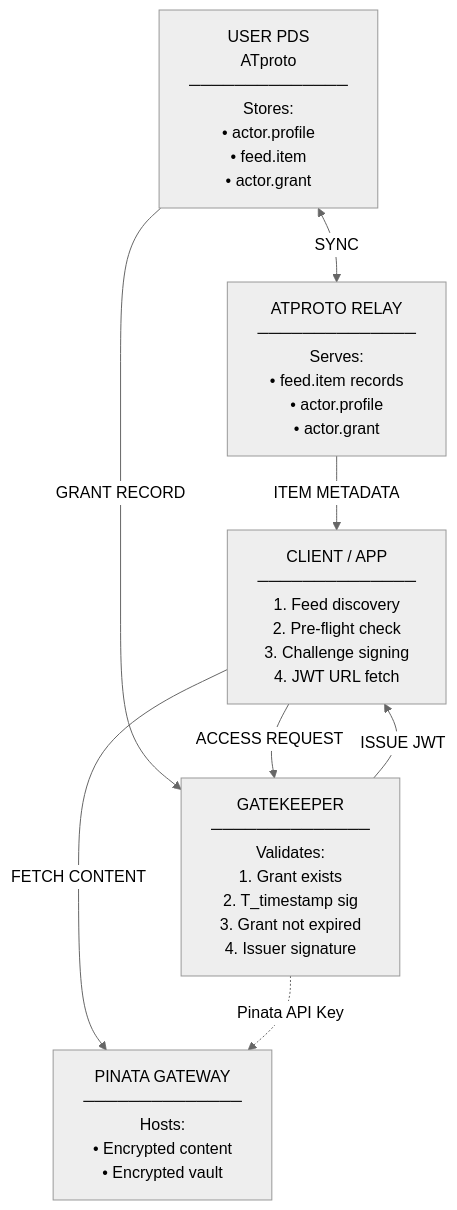
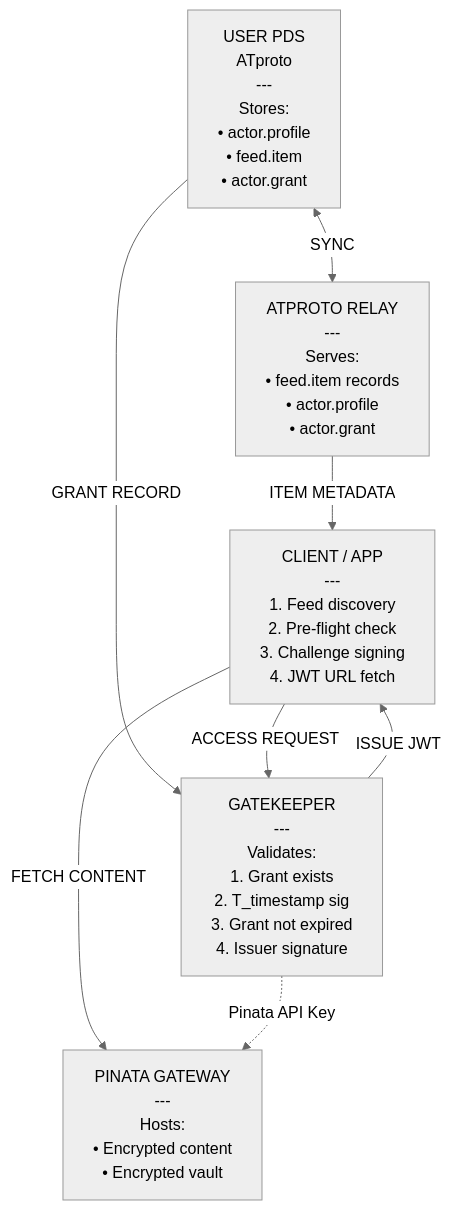
One commit to straiforos/Traiforce-Lexicon changed the first of 3 diagrams in docs/architecture/05-system-overview.md. Above: the diagram before and after it, drawn with Mermaid (neutral theme). The commit also changed other lines of this file and 4 other files, not shown here.

Commit message:
Fix mermaid diagram rendering: replace \n with <br/>, unicode dashes with ---, remove markdown bold

````diff
--- a/docs/architecture/05-system-overview.md
+++ b/docs/architecture/05-system-overview.md
@@ -7,16 +7,16 @@
 ```mermaid
 graph TB
-    PDS["USER PDS\nATproto\n──────────────\nStores:\n• actor.profile\n• feed.item\n• actor.grant"]
-    Relay["ATPROTO RELAY\n──────────────\nServes:\n• feed.item records\n• actor.profile\n• actor.grant"]
-    Client["CLIENT / APP\n──────────────\n1. Feed discovery\n2. Pre-flight check\n3. Challenge signing\n4. JWT URL fetch"]
-    GK["GATEKEEPER\n──────────────\nValidates:\n1. Grant exists\n2. T_timestamp sig\n3. Grant not expired\n4. Issuer signature"]
-    Pinata["PINATA GATEWAY\n──────────────\nHosts:\n• Encrypted content\n• Encrypted vault"]
+    PDS["USER PDS<br/>ATproto<br/>---<br/>Stores:<br/>• actor.profile<br/>• feed.item<br/>• actor.grant"]
+    Relay["ATPROTO RELAY<br/>---<br/>Serves:<br/>• feed.item records<br/>• actor.profile<br/>• actor.grant"]
+    Client["CLIENT / APP<br/>---<br/>1. Feed discovery<br/>2. Pre-flight check<br/>3. Challenge signing<br/>4. JWT URL fetch"]
+    GK["GATEKEEPER<br/>---<br/>Validates:<br/>1. Grant exists<br/>2. T_timestamp sig<br/>3. Grant not expired<br/>4. Issuer signature"]
+    Pinata["PINATA GATEWAY<br/>---<br/>Hosts:<br/>• Encrypted content<br/>• Encrypted vault"]
 
     PDS <-->|"SYNC"| Relay
     Relay -->|"ITEM METADATA"| Client
     PDS -->|"GRANT RECORD"| GK
     Client -->|"ACCESS REQUEST"| GK
     GK -->|"ISSUE JWT"| Client
     Client -->|"FETCH CONTENT"| Pinata
     GK -.->|"Pinata API Key"| Pinata
 ```
````
